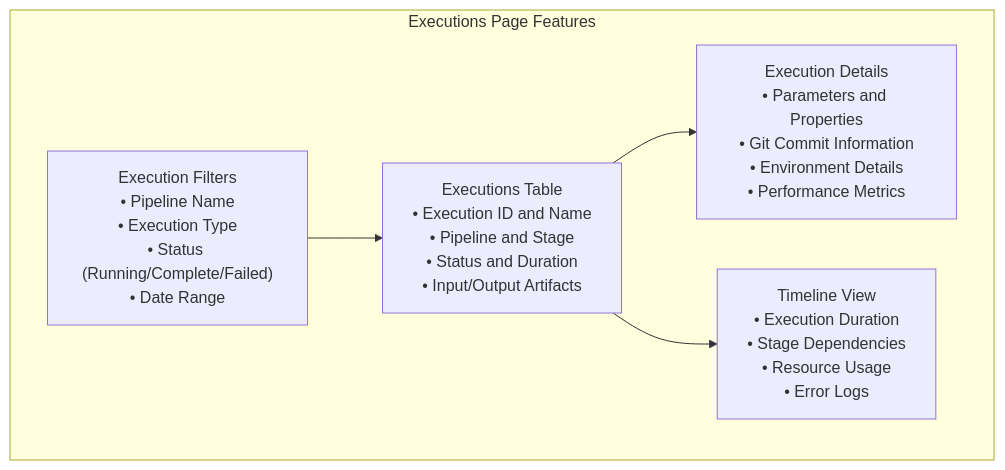
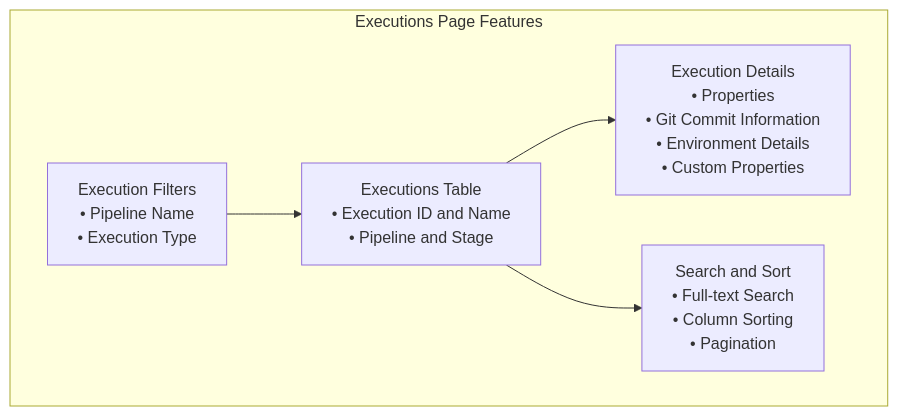
One commit to HewlettPackard/cmf changed the second of 2 diagrams in docs/ui/index.md. Above: the diagram before and after it, drawn with Mermaid. The commit also changed other lines of this file, not shown here.

````diff
--- a/docs/ui/index.md
+++ b/docs/ui/index.md
@@ -53,13 +50,13 @@
 ```mermaid
 graph TB
     subgraph "Executions Page Features"
-        EXEC_FILTER["Execution Filters<br/>• Pipeline Name<br/>• Execution Type<br/>• Status (Running/Complete/Failed)<br/>• Date Range"]
-        EXEC_TABLE["Executions Table<br/>• Execution ID and Name<br/>• Pipeline and Stage<br/>• Status and Duration<br/>• Input/Output Artifacts"]
-        EXEC_DETAILS["Execution Details<br/>• Parameters and Properties<br/>• Git Commit Information<br/>• Environment Details<br/>• Performance Metrics"]
-        EXEC_TIMELINE["Timeline View<br/>• Execution Duration<br/>• Stage Dependencies<br/>• Resource Usage<br/>• Error Logs"]
+        EXEC_FILTER["Execution Filters<br/>• Pipeline Name<br/>• Execution Type<br/>"]
+        EXEC_TABLE["Executions Table<br/>• Execution ID and Name<br/>• Pipeline and Stage<br/>"]
+        EXEC_DETAILS["Execution Details<br/>• Properties<br/>• Git Commit Information<br/>• Environment Details<br/>• Custom Properties"]
+        EXEC_SEARCH["Search and Sort<br/>• Full-text Search<br/>• Column Sorting<br/>• Pagination<br/>"]
     end
 
     EXEC_FILTER --> EXEC_TABLE
     EXEC_TABLE --> EXEC_DETAILS
-    EXEC_TABLE --> EXEC_TIMELINE
+    EXEC_TABLE --> EXEC_SEARCH
 ```
````
